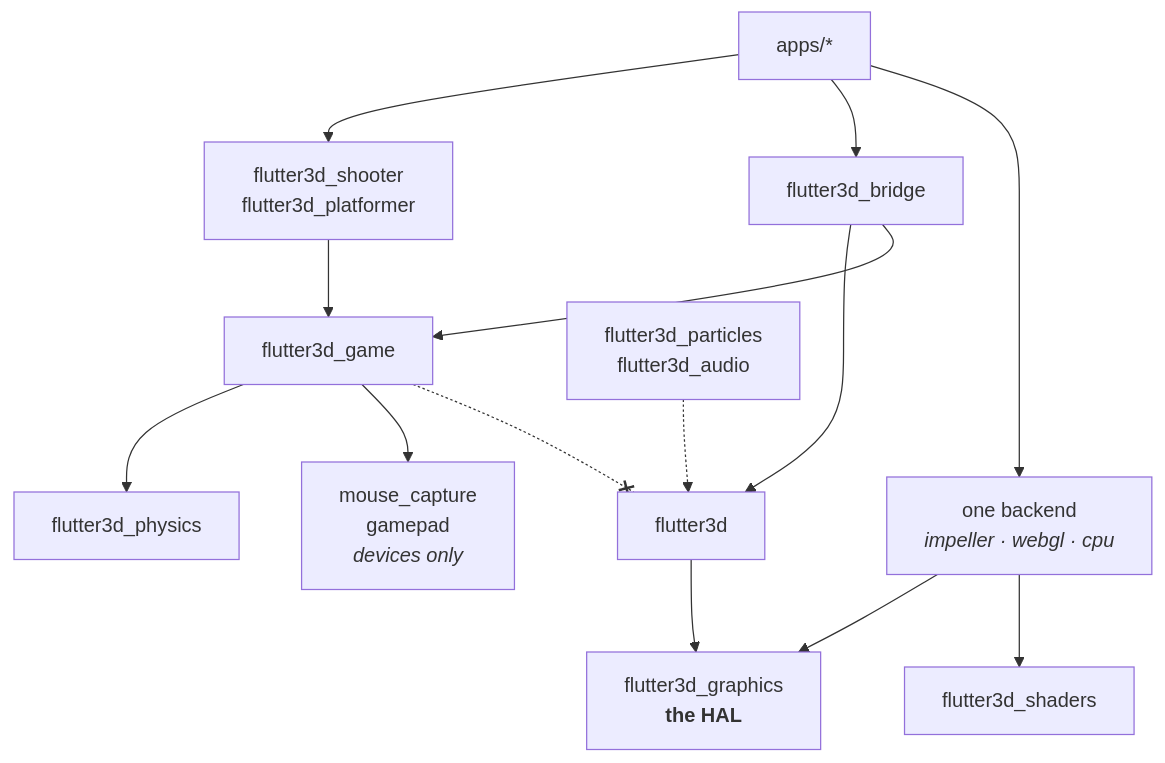
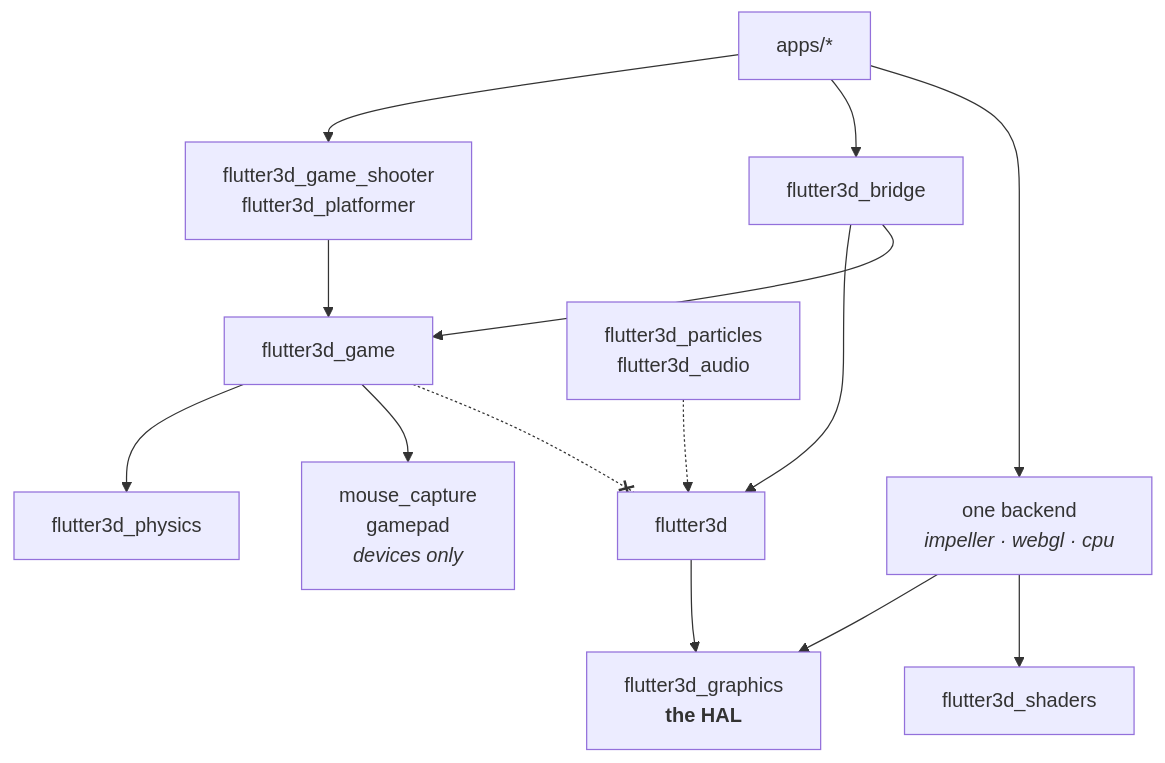
The diagram in site/content/reference/packages.md (pleiondev/flutter3d), drawn with Mermaid before and after one commit. The commit also changed other lines of this file and 90 other files, not shown here.

First line of the commit message:
flutter3d_shooter is flutter3d_game_shooter

````diff
--- a/site/content/reference/packages.md
+++ b/site/content/reference/packages.md
@@ -129,18 +129,18 @@
 ```mermaid
 flowchart TB
-  apps["apps/*"] --> genres["flutter3d_shooter<br>flutter3d_platformer"]
+  apps["apps/*"] --> genres["flutter3d_game_shooter<br>flutter3d_platformer"]
   apps --> bridge["flutter3d_bridge"]
   apps --> backend["one backend<br><i>impeller · webgl · cpu</i>"]
   genres --> game["flutter3d_game"]
   bridge --> engine["flutter3d"]
   bridge --> game
   game --> physics["flutter3d_physics"]
   engine --> gfx["flutter3d_graphics<br><b>the HAL</b>"]
   backend --> gfx
   backend --> shaders["flutter3d_shaders"]
   extras["flutter3d_particles<br>flutter3d_audio"] -.-> engine
   game --> devices["mouse_capture<br>gamepad<br><i>devices only</i>"]
 
   classDef forbidden stroke-dasharray: 4 3
   game -.-x engine
 ```
````
